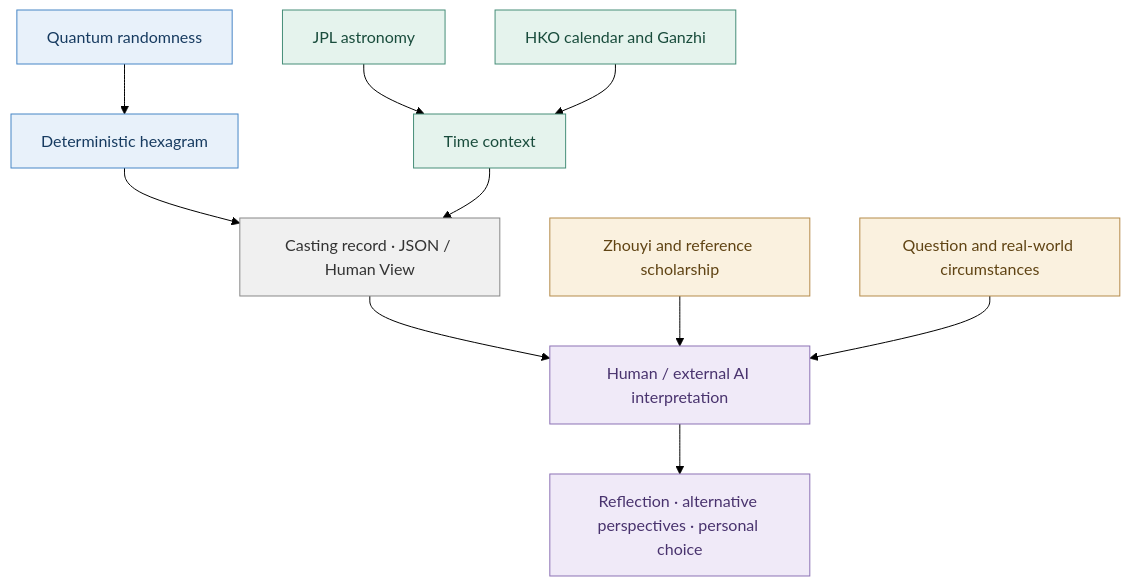
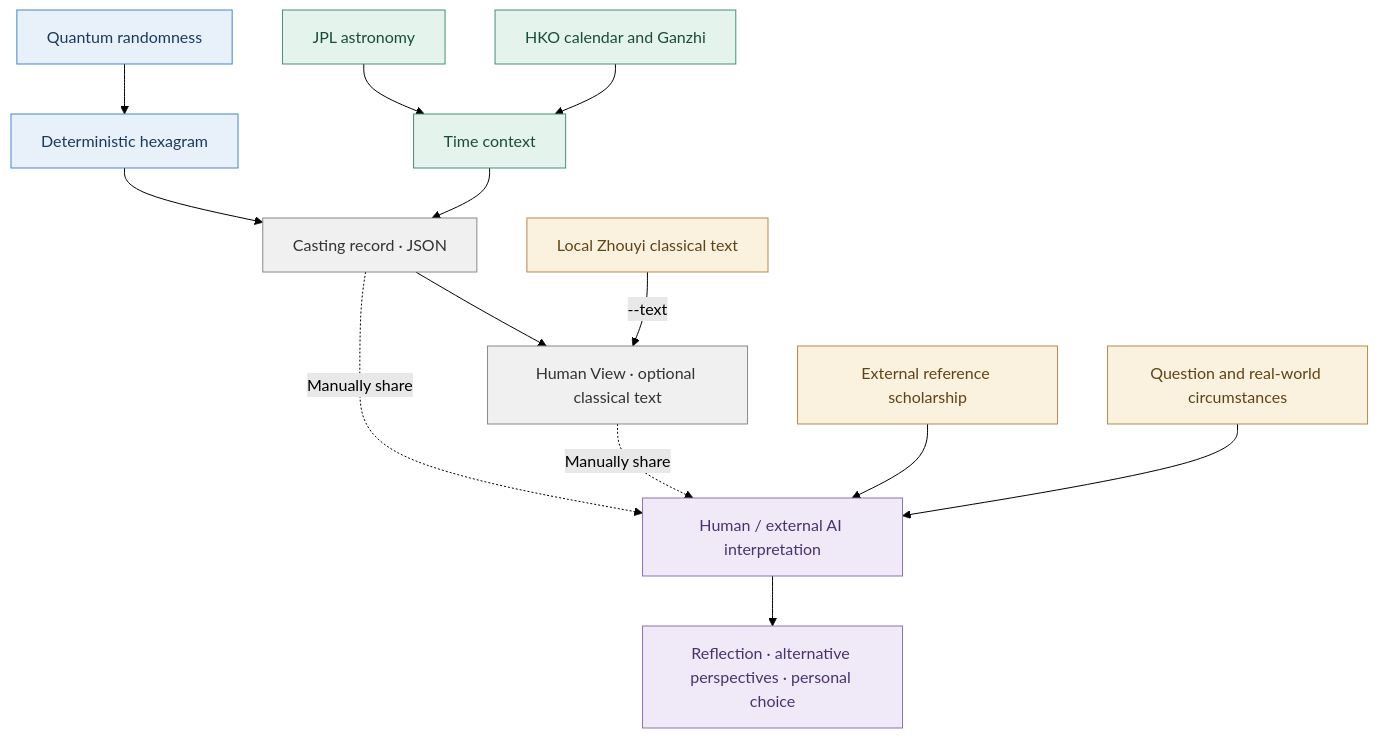
The diagram in README.md (cctsao1008/trng-iching), drawn with Mermaid (forest theme) before and after one commit. The commit also changed other lines of this file, not shown here.

Commit message:
docs: distinguish casting record, human view and external scholarship

````diff
--- a/README.md
+++ b/README.md
@@ -212,23 +212,26 @@
 ```mermaid
 flowchart TD
     Q["Quantum randomness"] --> H["Deterministic hexagram"]
     A["JPL astronomy"] --> T["Time context"]
     C["HKO calendar and Ganzhi"] --> T
-    H --> R["Casting record · JSON / Human View"]
+    H --> R["Casting record · JSON"]
     T --> R
-    R --> I["Human / external AI interpretation"]
-    Z["Zhouyi and reference scholarship"] --> I
+    R --> V["Human View · optional classical text"]
+    Z["Local Zhouyi classical text"] -->|"--text"| V
+    R -. Manually share .-> I["Human / external AI interpretation"]
+    V -. Manually share .-> I
+    S["External reference scholarship"] --> I
     P["Question and real-world circumstances"] --> I
     I --> O["Reflection · alternative perspectives · personal choice"]
 
     classDef randomness fill:#e8f1fa,stroke:#4786c6,color:#173b60
     classDef science fill:#e5f3ed,stroke:#468e78,color:#194c3c
     classDef record fill:#f0f0f0,stroke:#888,color:#333
     classDef references fill:#faf1df,stroke:#b58b4b,color:#604414
     classDef reflection fill:#f0eaf8,stroke:#8c72b5,color:#49336e
     class Q,H randomness
     class A,C,T science
-    class R record
-    class Z,P references
+    class R,V record
+    class Z,S,P references
     class I,O reflection
 ```
````
